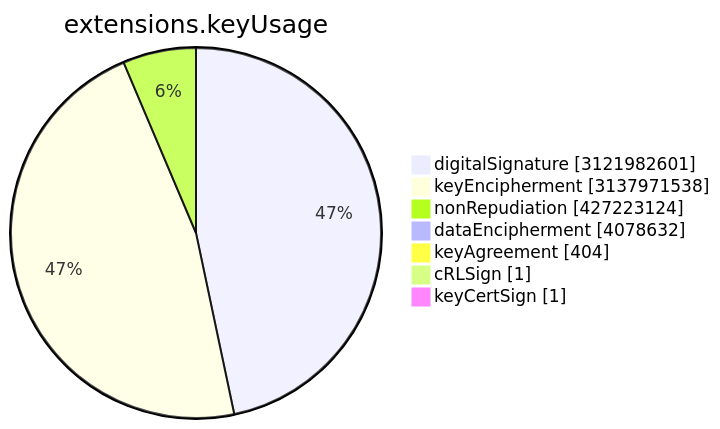
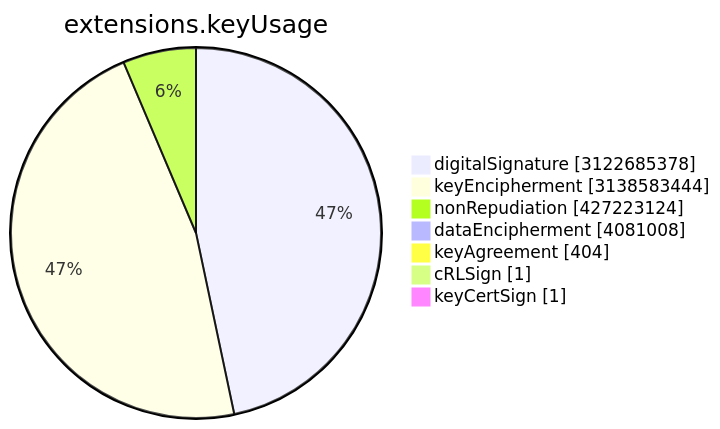
The sixth of 15 diagrams in TOTAL/README.md (christiankrug/ctmonitor_visualization), drawn with Mermaid before and after one commit. The commit also changed other lines of this file, not shown here.

````diff
--- a/TOTAL/README.md
+++ b/TOTAL/README.md
@@ -3077,11 +3077,11 @@
 ```mermaid
 pie showData
 title extensions.keyUsage
-"digitalSignature" :3121982601
-"keyEncipherment" :3137971538
+"digitalSignature" :3122685378
+"keyEncipherment" :3138583444
 "nonRepudiation" :427223124
-"dataEncipherment" :4078632
+"dataEncipherment" :4081008
 "keyAgreement" :404
 "cRLSign" :1
 "keyCertSign" :1
 ```
````
